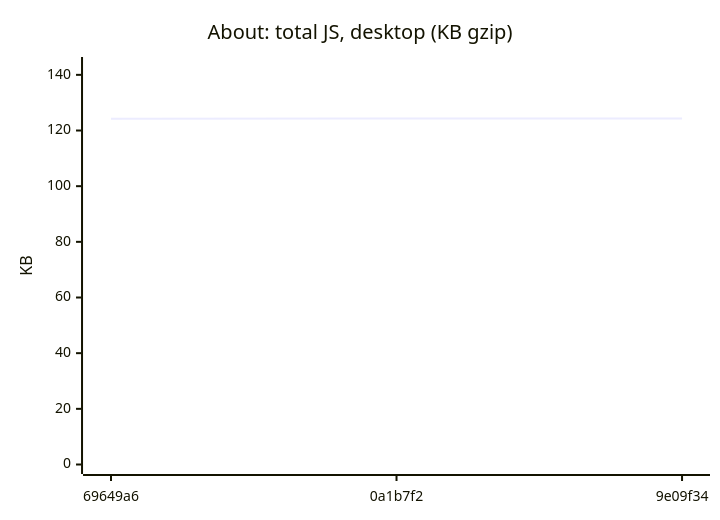
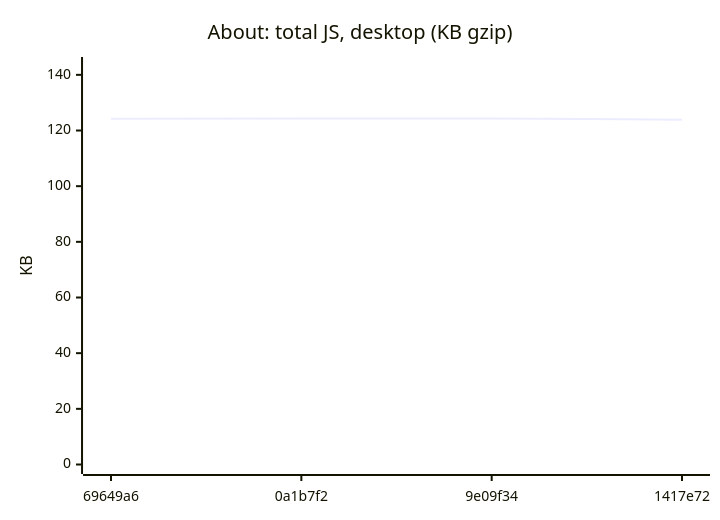
The fifth of 18 diagrams in README.md (AxelUser/maltsev.space), drawn with Mermaid before and after one commit. The commit also changed other lines of this file and 1 other file, not shown here.

````diff
--- a/README.md
+++ b/README.md
@@ -71,7 +71,7 @@
 ```mermaid
 xychart-beta
   title "About: total JS, desktop (KB gzip)"
-  x-axis ["69649a6", "0a1b7f2", "9e09f34"]
+  x-axis ["69649a6", "0a1b7f2", "9e09f34", "1417e72"]
   y-axis "KB" 0 --> 143
-  line [124.2, 124.3, 124.3]
+  line [124.2, 124.3, 124.3, 123.9]
 ```
````
